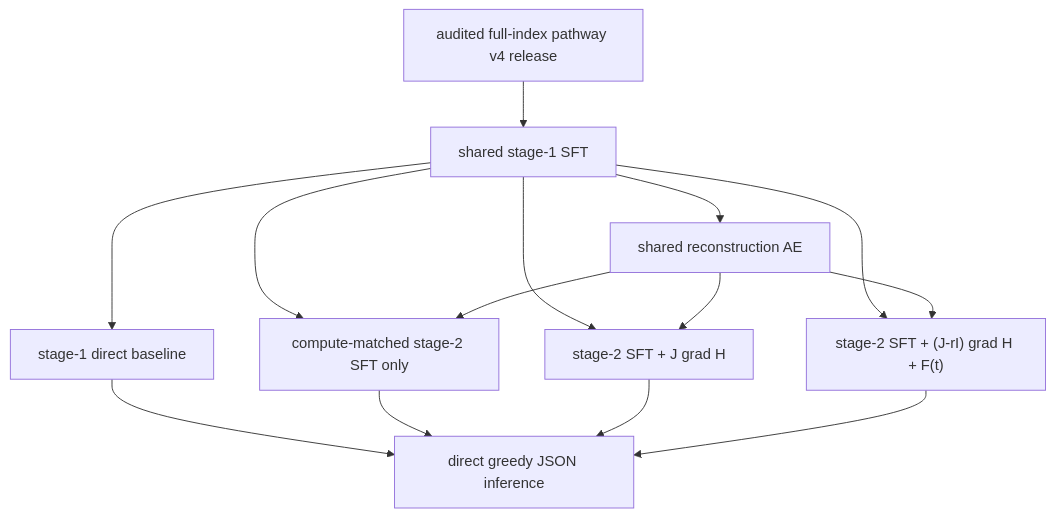
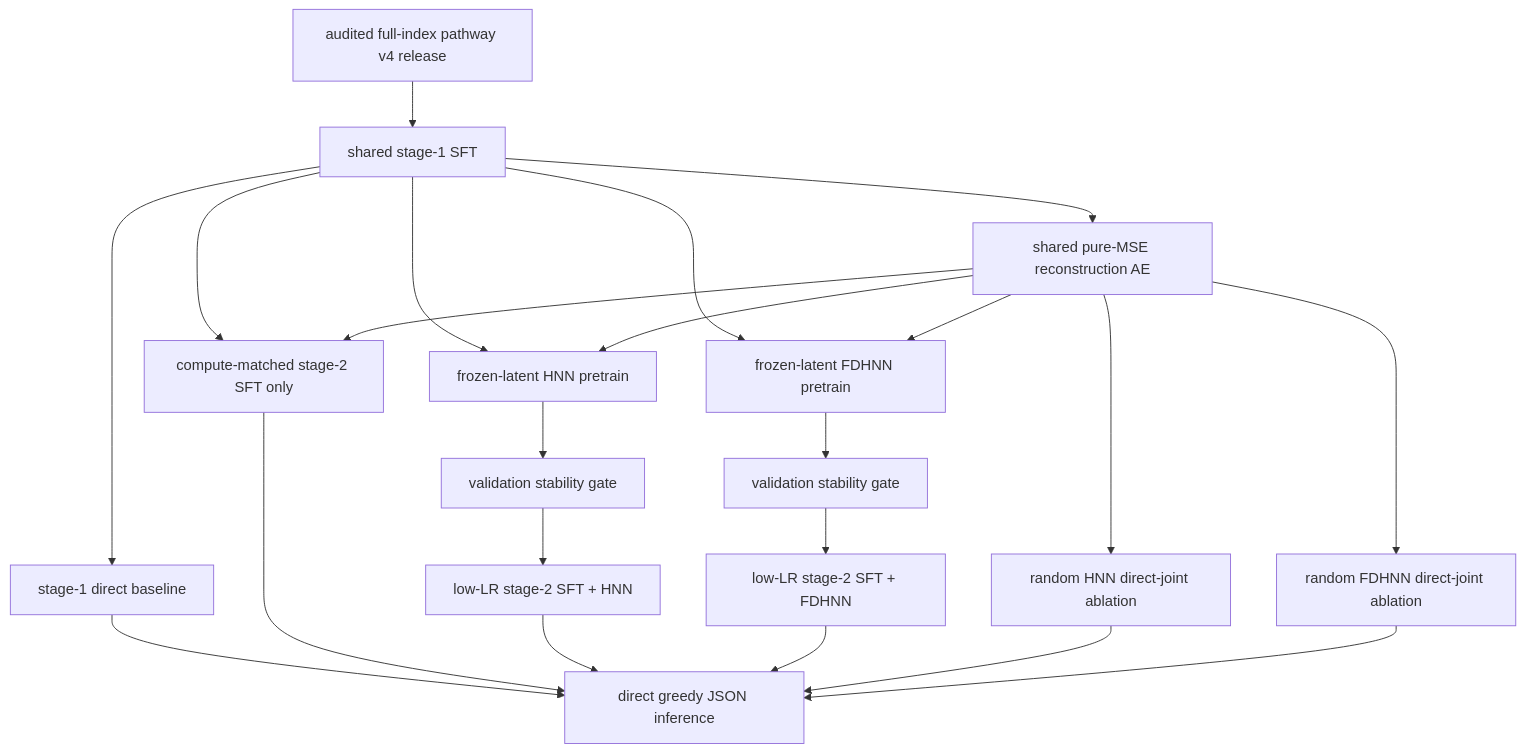
Before and after one commit to KingofLaniakea/ChatPathway2: the diagram in experiments/TRAINING_MATRIX.md, drawn with Mermaid. The commit also changed other lines of this file and 51 other files, not shown here.

````diff
--- a/experiments/TRAINING_MATRIX.md
+++ b/experiments/TRAINING_MATRIX.md
@@ -3,16 +3,24 @@
 ```mermaid
 flowchart TD
   data["audited full-index pathway v4 release"] --> sft["shared stage-1 SFT"]
-  sft --> ae["shared reconstruction AE"]
+  sft --> ae["shared pure-MSE reconstruction AE"]
   sft --> base["stage-1 direct baseline"]
   sft --> s2["compute-matched stage-2 SFT only"]
   ae --> s2
-  sft --> hnn["stage-2 SFT + J grad H"]
-  ae --> hnn
-  sft --> fdh["stage-2 SFT + (J-rI) grad H + F(t)"]
-  ae --> fdh
+  sft --> hnnpre["frozen-latent HNN pretrain"]
+  ae --> hnnpre
+  hnnpre --> hnngate["validation stability gate"]
+  hnngate --> hnn["low-LR stage-2 SFT + HNN"]
+  sft --> fdhpre["frozen-latent FDHNN pretrain"]
+  ae --> fdhpre
+  fdhpre --> fdhgate["validation stability gate"]
+  fdhgate --> fdh["low-LR stage-2 SFT + FDHNN"]
+  ae --> hnnabl["random HNN direct-joint ablation"]
+  ae --> fdhabl["random FDHNN direct-joint ablation"]
   base --> direct["direct greedy JSON inference"]
   s2 --> direct
   hnn --> direct
   fdh --> direct
+  hnnabl --> direct
+  fdhabl --> direct
 ```
````
